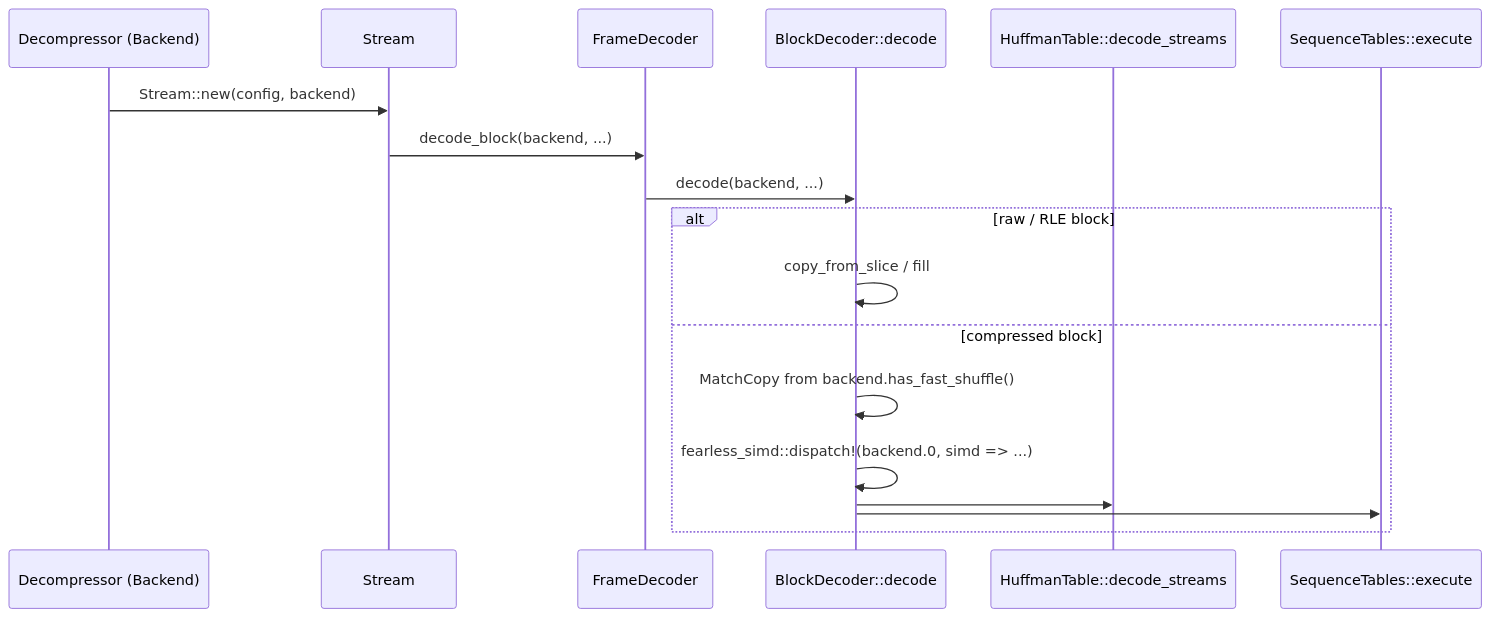
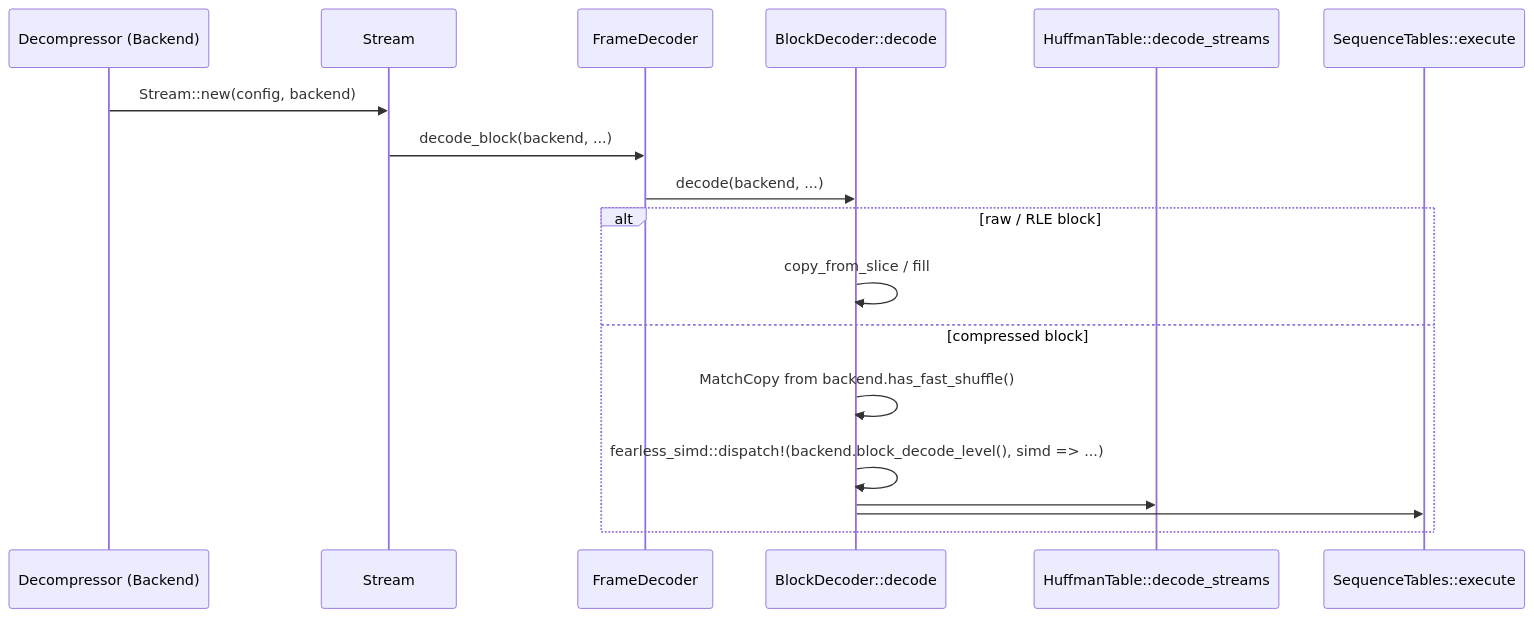
One commit to M-Compressors/mzstd changed the first of 7 diagrams in architecture/decoder-performance.md. Above: the diagram before and after it, drawn with Mermaid. The commit also changed other lines of this file and 369 other files, not shown here.

````diff
--- a/architecture/decoder-performance.md
+++ b/architecture/decoder-performance.md
@@ -14,20 +14,20 @@
 ```mermaid
 sequenceDiagram
     participant D as Decompressor (Backend)
     participant S as Stream
     participant F as FrameDecoder
     participant B as BlockDecoder::decode
     participant H as HuffmanTable::decode_streams
     participant Q as SequenceTables::execute
     D->>S: Stream::new(config, backend)
     S->>F: decode_block(backend, ...)
     F->>B: decode(backend, ...)
     alt raw / RLE block
         B->>B: copy_from_slice / fill
     else compressed block
         B->>B: MatchCopy from backend.has_fast_shuffle()
-        B->>B: fearless_simd::dispatch!(backend.0, simd => ...)
+        B->>B: fearless_simd::dispatch!(backend.block_decode_level(), simd => ...)
         B->>H: #[simd] kernel: literals
         B->>Q: #[simd] kernel: sequences
     end
 ```
````
